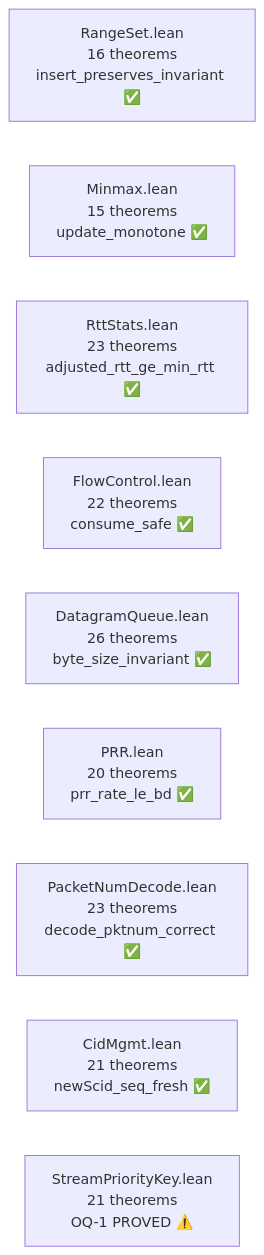
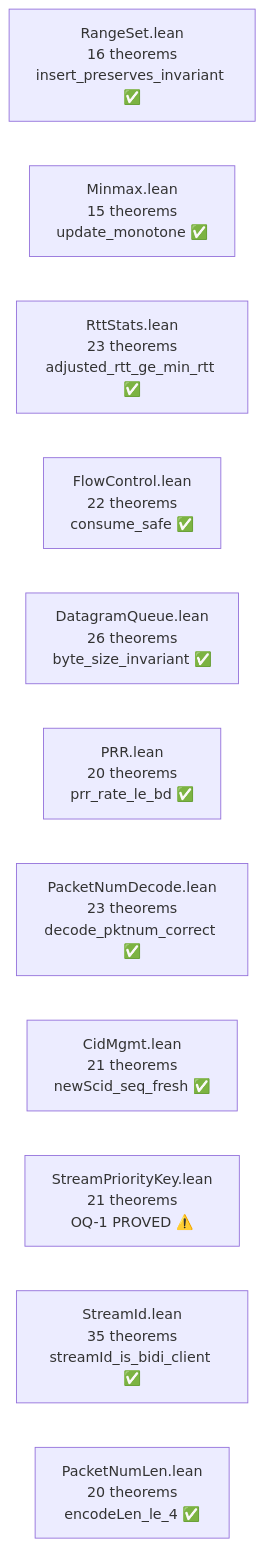
The third of 7 diagrams in formal-verification/REPORT.md (dsyme/quiche), drawn with Mermaid before and after one commit. The commit also changed other lines of this file and 1 other file, not shown here.

````diff
--- a/formal-verification/REPORT.md
+++ b/formal-verification/REPORT.md
@@ -96,12 +104,14 @@
 ```mermaid
 graph LR
     RS["RangeSet.lean<br/>16 theorems<br/>insert_preserves_invariant ✅"]
     MM["Minmax.lean<br/>15 theorems<br/>update_monotone ✅"]
     RTT["RttStats.lean<br/>23 theorems<br/>adjusted_rtt_ge_min_rtt ✅"]
     FC["FlowControl.lean<br/>22 theorems<br/>consume_safe ✅"]
     DQ["DatagramQueue.lean<br/>26 theorems<br/>byte_size_invariant ✅"]
     PRR2["PRR.lean<br/>20 theorems<br/>prr_rate_le_bd ✅"]
     PND["PacketNumDecode.lean<br/>23 theorems<br/>decode_pktnum_correct ✅"]
     CID["CidMgmt.lean<br/>21 theorems<br/>newScid_seq_fresh ✅"]
     SPK["StreamPriorityKey.lean<br/>21 theorems<br/>OQ-1 PROVED ⚠️"]
+    SID["StreamId.lean<br/>35 theorems<br/>streamId_is_bidi_client ✅"]
+    PNL["PacketNumLen.lean<br/>20 theorems<br/>encodeLen_le_4 ✅"]
 ```
````
